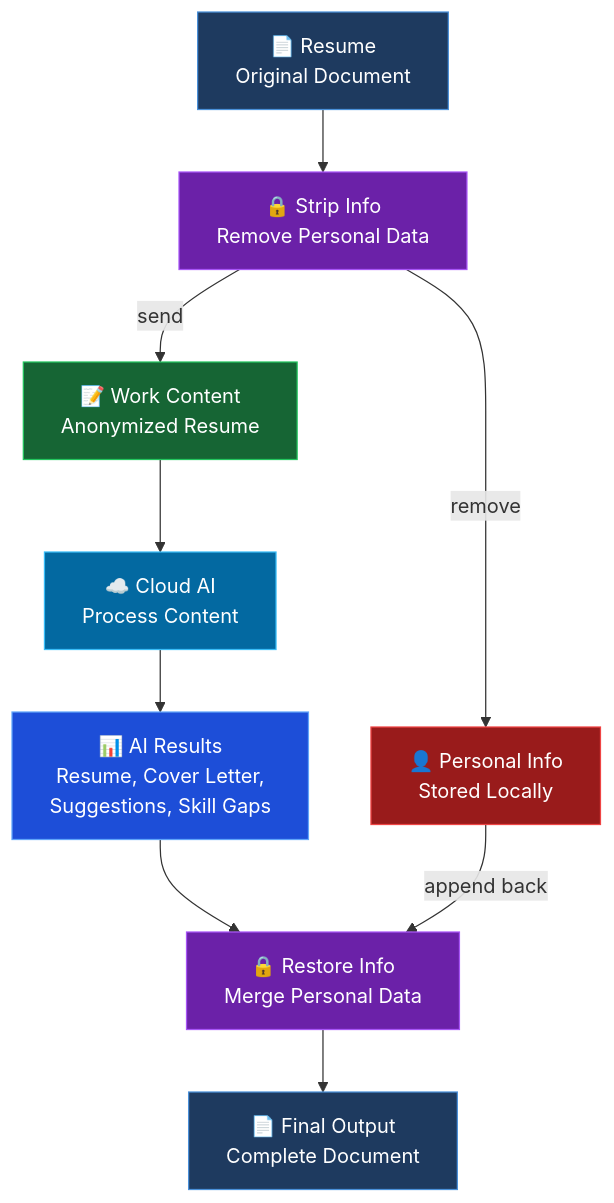
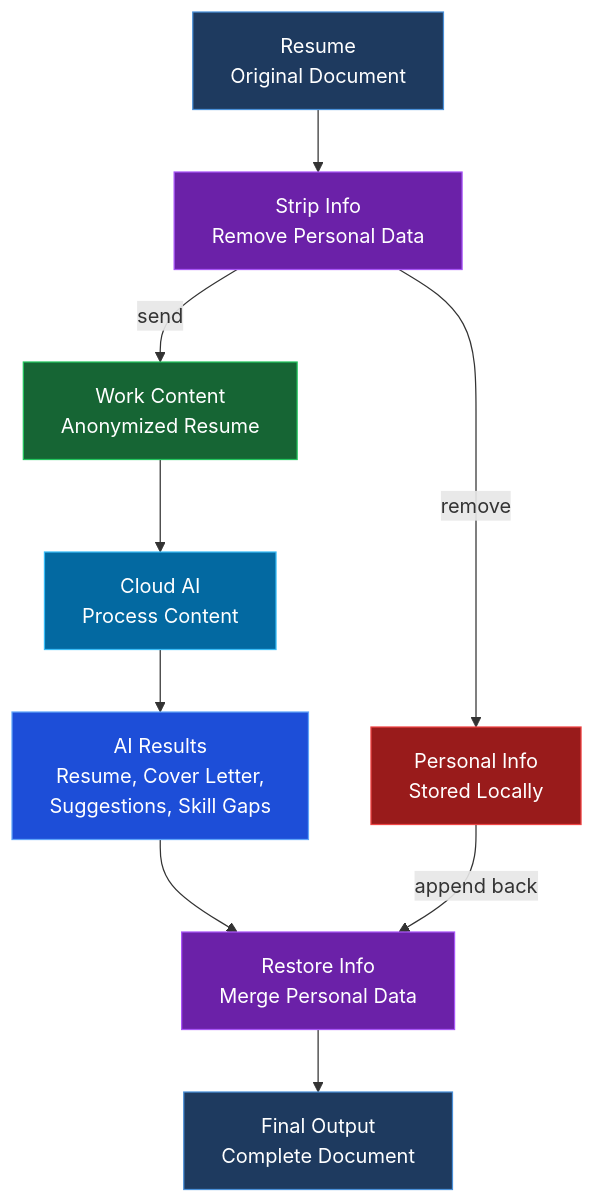
Before and after one commit to gibbenergy/Resume_Helper: the diagram in README.md, drawn with Mermaid. The commit also changed other lines of this file, not shown here.

````diff
--- a/README.md
+++ b/README.md
@@ -50,20 +50,20 @@
 ```mermaid
 flowchart TD
-    A[📄 Resume<br/>Original Document] --> B[🔒 Strip Info<br/>Remove Personal Data]
-    B -->|send| C[📝 Work Content<br/>Anonymized Resume]
-    B -->|remove| D[👤 Personal Info<br/>Stored Locally]
-    C --> E[☁️ Cloud AI<br/>Process Content]
-    E --> F[📊 AI Results<br/>Resume, Cover Letter,<br/>Suggestions, Skill Gaps]
-    F --> G[🔒 Restore Info<br/>Merge Personal Data]
+    A[Resume<br/>Original Document] --> B[Strip Info<br/>Remove Personal Data]
+    B -->|send| C[Work Content<br/>Anonymized Resume]
+    B -->|remove| D[Personal Info<br/>Stored Locally]
+    C --> E[Cloud AI<br/>Process Content]
+    E --> F[AI Results<br/>Resume, Cover Letter,<br/>Suggestions, Skill Gaps]
+    F --> G[Restore Info<br/>Merge Personal Data]
     D -->|append back| G
-    G --> H[📄 Final Output<br/>Complete Document]
+    G --> H[Final Output<br/>Complete Document]
     
     style A fill:#1e3a5f,stroke:#4a90d9,color:#fff
     style B fill:#6b21a8,stroke:#a855f7,color:#fff
     style C fill:#166534,stroke:#22c55e,color:#fff
     style D fill:#991b1b,stroke:#ef4444,color:#fff
     style E fill:#0369a1,stroke:#38bdf8,color:#fff
     style F fill:#1d4ed8,stroke:#60a5fa,color:#fff
     style G fill:#6b21a8,stroke:#a855f7,color:#fff
     style H fill:#1e3a5f,stroke:#4a90d9,color:#fff
 ```
````
